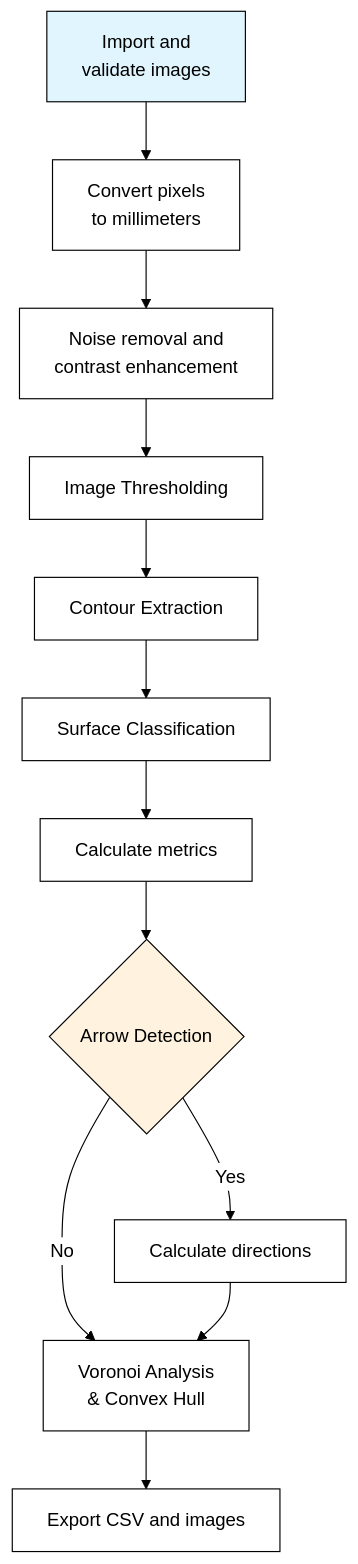
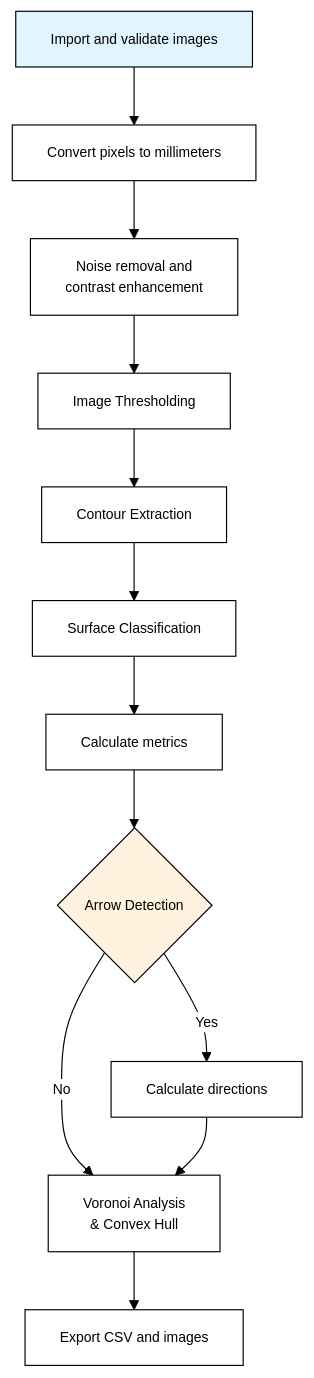
Before and after one commit to alan-turing-institute/Palaeoanalytics: the diagram in docs/user-guide/basic-usage.md, drawn with Mermaid. The commit also changed other lines of this file and 5 other files, not shown here.

````diff
--- a/docs/user-guide/basic-usage.md
+++ b/docs/user-guide/basic-usage.md
@@ -54,18 +42,18 @@
 ```mermaid
-%%{init: {'theme':'base', 'themeVariables': {'primaryColor': '#ffffff', 'primaryTextColor': '#000000', 'primaryBorderColor': '#000000', 'lineColor': '#000000'}}}%%
+%%{init: {'theme':'base', 'themeVariables': {'primaryColor': '#ffffff', 'primaryTextColor': '#000000', 'primaryBorderColor': '#000000', 'lineColor': '#000000', 'fontSize': '12px'}}}%%
 flowchart TD
-    A[Import and<br/>validate images] --> B[Convert pixels<br/>to millimeters]
+    A[Import and validate images] --> B[Convert pixels to millimeters]
     B --> C[Noise removal and<br/>contrast enhancement]
     C --> D[Image Thresholding]
     D --> E[Contour Extraction]
     E --> F[Surface Classification]
     F --> G[Calculate metrics]
     G --> H{Arrow Detection}
     H -->|Yes| I[Calculate directions]
     H -->|No| J[Voronoi Analysis<br/> & Convex Hull]
     I --> J[Voronoi Analysis<br/> & Convex Hull]
     J --> K[Export CSV and images]
 
     style A fill:#e1f5fe
     style H fill:#fff3e0
 ```
````
